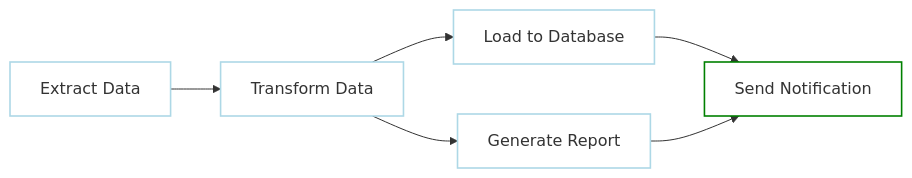
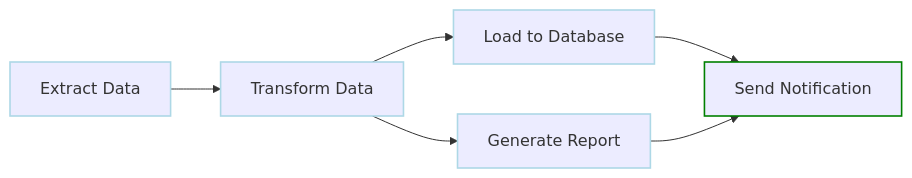
Before and after one commit to dagu-org/dagu: the first of 2 diagrams in docs-next/getting-started/concepts.md, drawn with Mermaid. The commit also changed other lines of this file and 8 other files, not shown here.

````diff
--- a/docs-next/getting-started/concepts.md
+++ b/docs-next/getting-started/concepts.md
@@ -13,14 +13,14 @@
 ```mermaid
 graph LR
     A[Extract Data] --> B[Transform Data]
     B --> C[Load to Database]
     B --> D[Generate Report]
     C --> E[Send Notification]
     D --> E
     
-    style A fill:white,stroke:lightblue,stroke-width:1.6px,color:#333
-    style B fill:white,stroke:lightblue,stroke-width:1.6px,color:#333
-    style C fill:white,stroke:lightblue,stroke-width:1.6px,color:#333
-    style D fill:white,stroke:lightblue,stroke-width:1.6px,color:#333
-    style E fill:white,stroke:green,stroke-width:1.6px,color:#333
+    style A stroke:lightblue,stroke-width:1.6px,color:#333
+    style B stroke:lightblue,stroke-width:1.6px,color:#333
+    style C stroke:lightblue,stroke-width:1.6px,color:#333
+    style D stroke:lightblue,stroke-width:1.6px,color:#333
+    style E stroke:green,stroke-width:1.6px,color:#333
 ```
````
